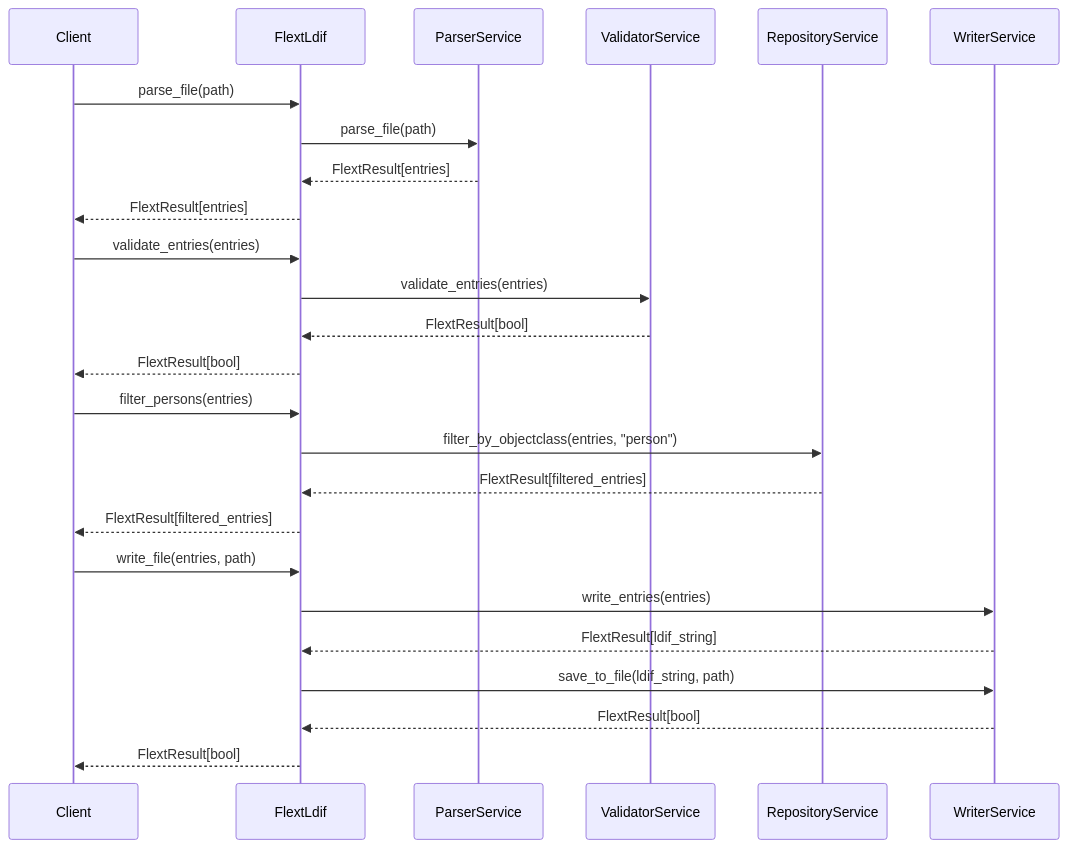
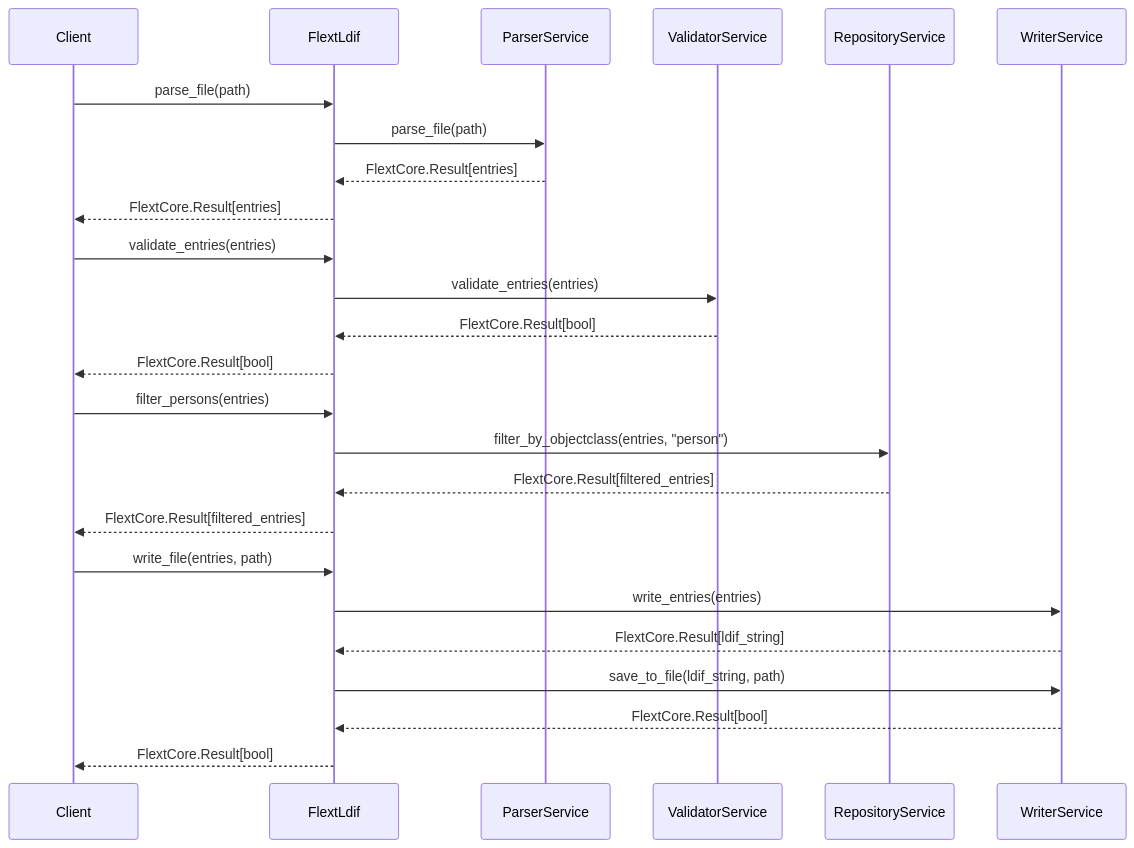
One commit to flext-sh/flext-ldif changed the second of 4 diagrams in docs/architecture.md. Above: the diagram before and after it, drawn with Mermaid. The commit also changed other lines of this file and 112 other files, not shown here.

````diff
--- a/docs/architecture.md
+++ b/docs/architecture.md
@@ -396,31 +396,31 @@
 ```mermaid
 sequenceDiagram
     participant Client
     participant API as FlextLdif
     participant Parser as ParserService
     participant Validator as ValidatorService
     participant Repository as RepositoryService
     participant Writer as WriterService
 
     Client->>API: parse_file(path)
     API->>Parser: parse_file(path)
-    Parser-->>API: FlextResult[entries]
-    API-->>Client: FlextResult[entries]
+    Parser-->>API: FlextCore.Result[entries]
+    API-->>Client: FlextCore.Result[entries]
 
     Client->>API: validate_entries(entries)
     API->>Validator: validate_entries(entries)
-    Validator-->>API: FlextResult[bool]
-    API-->>Client: FlextResult[bool]
+    Validator-->>API: FlextCore.Result[bool]
+    API-->>Client: FlextCore.Result[bool]
 
     Client->>API: filter_persons(entries)
     API->>Repository: filter_by_objectclass(entries, "person")
-    Repository-->>API: FlextResult[filtered_entries]
-    API-->>Client: FlextResult[filtered_entries]
+    Repository-->>API: FlextCore.Result[filtered_entries]
+    API-->>Client: FlextCore.Result[filtered_entries]
 
     Client->>API: write_file(entries, path)
     API->>Writer: write_entries(entries)
-    Writer-->>API: FlextResult[ldif_string]
+    Writer-->>API: FlextCore.Result[ldif_string]
     API->>Writer: save_to_file(ldif_string, path)
-    Writer-->>API: FlextResult[bool]
-    API-->>Client: FlextResult[bool]
+    Writer-->>API: FlextCore.Result[bool]
+    API-->>Client: FlextCore.Result[bool]
 ```
````
